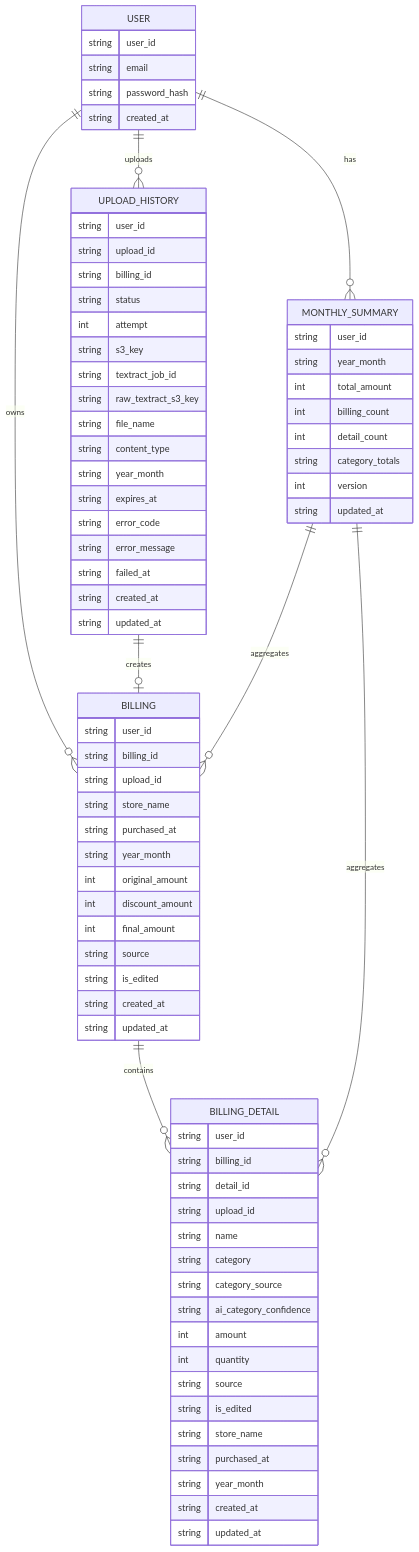
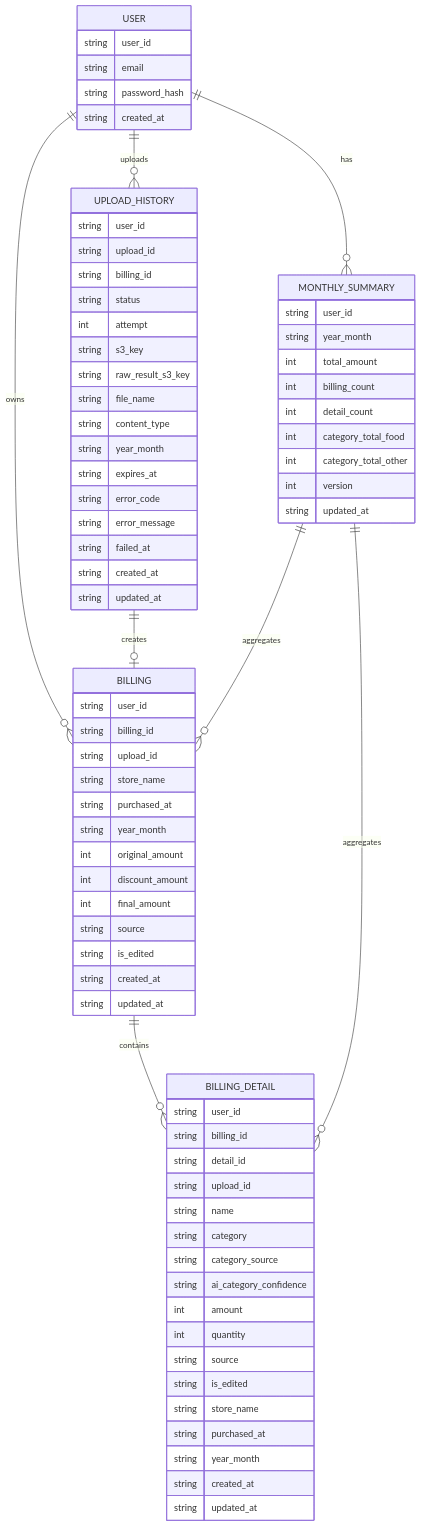
One commit to shrimptails-f/snap_kakeibo changed the diagram in docs/database.md. Above: the diagram before and after it, drawn with Mermaid. The commit also changed other lines of this file and 9 other files, not shown here.

```diff
--- a/docs/database.md
+++ b/docs/database.md
@@ -58,7 +58,8 @@
     int total_amount
     int billing_count
     int detail_count
-    string category_totals
+    int category_total_food
+    int category_total_other
     int version
     string updated_at
   }
@@ -70,8 +71,7 @@
     string status
     int attempt
     string s3_key
-    string textract_job_id
-    string raw_textract_s3_key
+    string raw_result_s3_key
     string file_name
     string content_type
     string year_month
```
